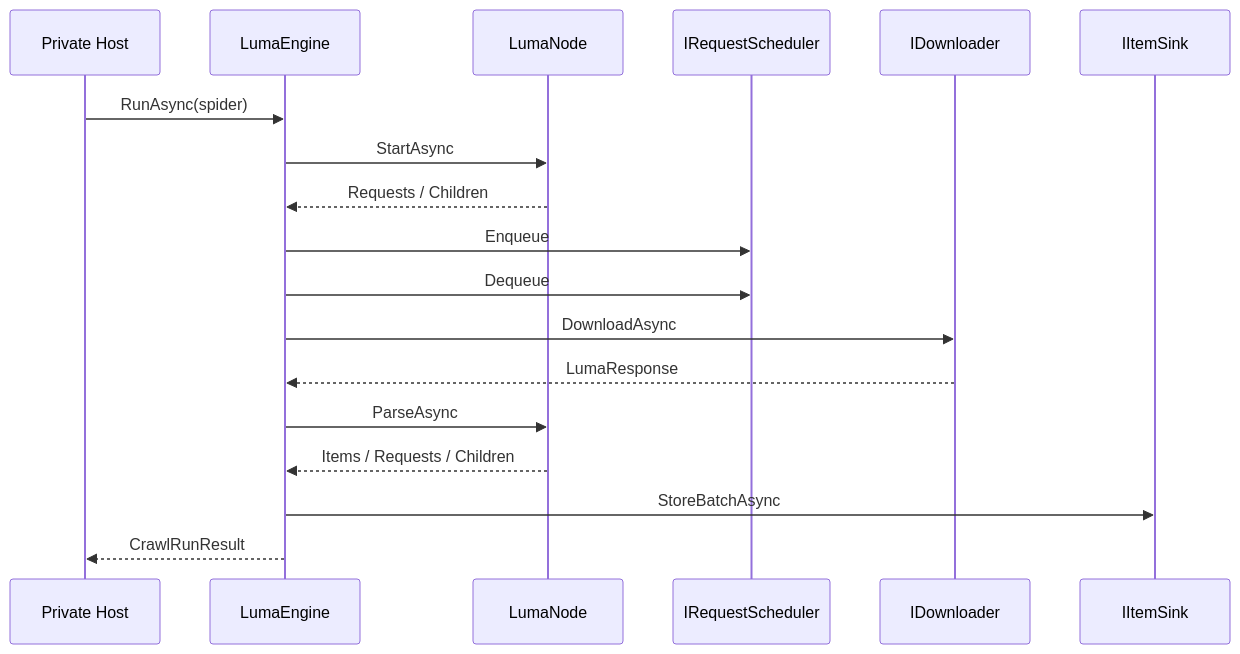
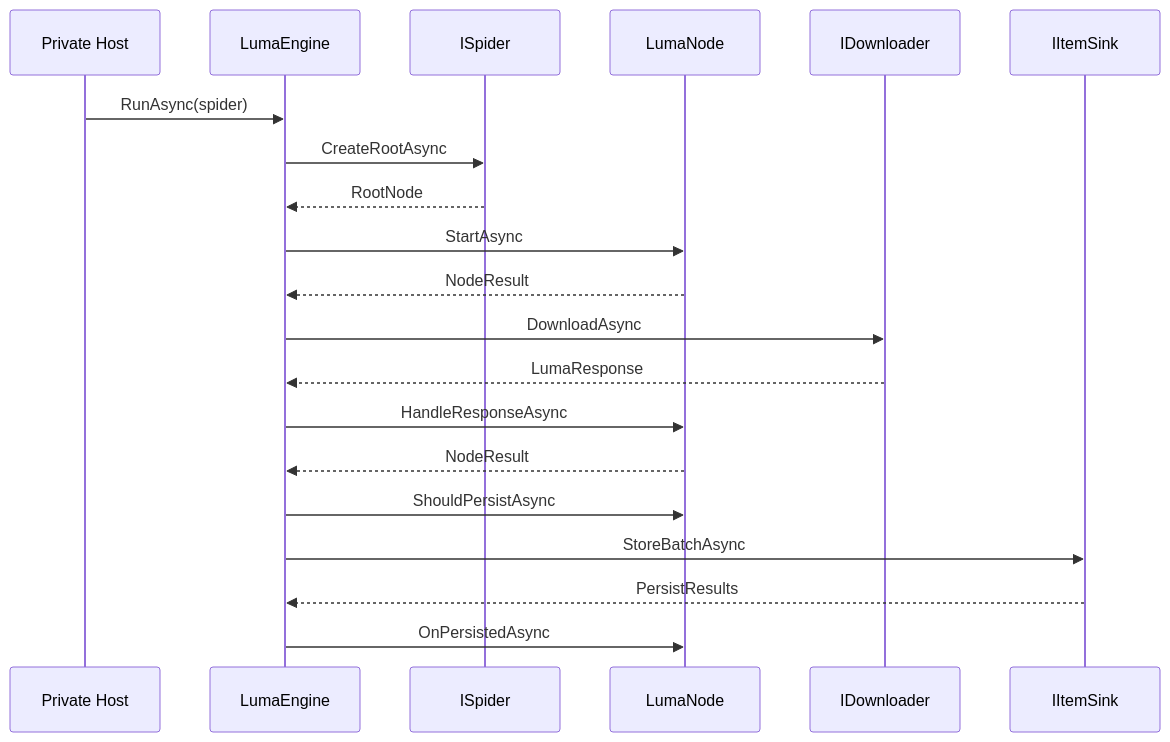
One commit to zeayii/luma changed the diagram in Zeayii.Luma.Engine/README.en.md. Above: the diagram before and after it, drawn with Mermaid. The commit also changed other lines of this file and 70 other files, not shown here.

````diff
--- a/Zeayii.Luma.Engine/README.en.md
+++ b/Zeayii.Luma.Engine/README.en.md
@@ -17,21 +18,23 @@
 ```mermaid
 sequenceDiagram
     participant Host as Private Host
     participant Engine as LumaEngine
-    participant Spider as LumaNode
-    participant Sch as IRequestScheduler
+    participant Spider as ISpider
+    participant Node as LumaNode
     participant D as IDownloader
     participant Sink as IItemSink
 
     Host->>Engine: RunAsync(spider)
-    Engine->>Spider: StartAsync
-    Spider-->>Engine: Requests / Children
-    Engine->>Sch: Enqueue
-    Engine->>Sch: Dequeue
+    Engine->>Spider: CreateRootAsync
+    Spider-->>Engine: RootNode
+    Engine->>Node: StartAsync
+    Node-->>Engine: NodeResult
     Engine->>D: DownloadAsync
     D-->>Engine: LumaResponse
-    Engine->>Spider: ParseAsync
-    Spider-->>Engine: Items / Requests / Children
+    Engine->>Node: HandleResponseAsync
+    Node-->>Engine: NodeResult
+    Engine->>Node: ShouldPersistAsync
     Engine->>Sink: StoreBatchAsync
-    Engine-->>Host: CrawlRunResult
+    Sink-->>Engine: PersistResults
+    Engine->>Node: OnPersistedAsync
 ```
````
